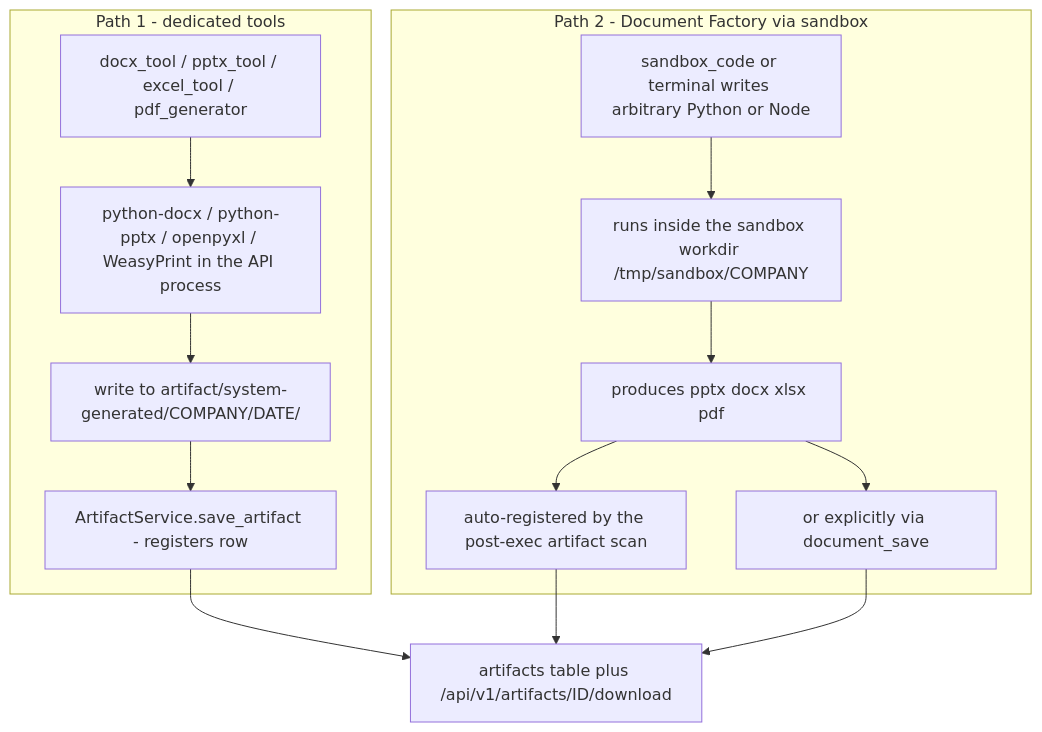
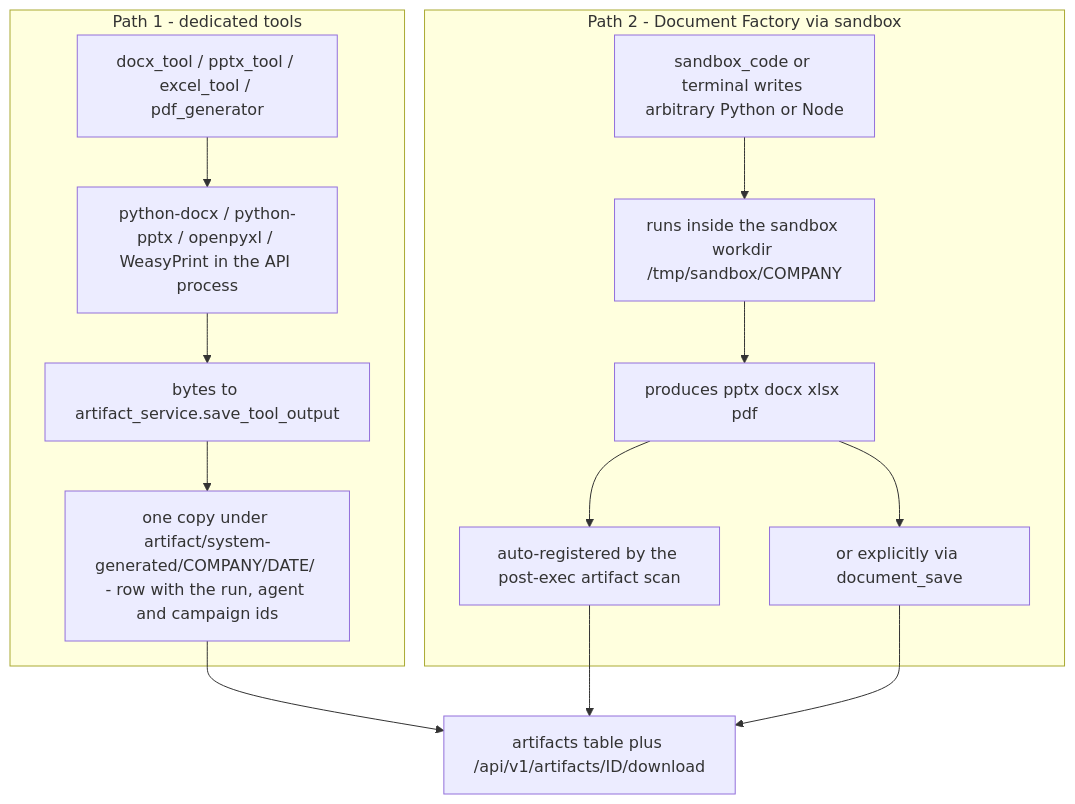
The eighth of 23 diagrams in docs/current/09-tools.md (gondolerahul/hire-buddha-app), drawn with Mermaid before and after one commit. The commit also changed other lines of this file and 28 other files, not shown here.

````diff
--- a/docs/current/09-tools.md
+++ b/docs/current/09-tools.md
@@ -708,17 +708,17 @@
 ```mermaid
 flowchart TD
     subgraph P1["Path 1 - dedicated tools"]
         A1["docx_tool / pptx_tool / excel_tool / pdf_generator"] --> A2["python-docx / python-pptx / openpyxl / WeasyPrint in the API process"]
-        A2 --> A3["write to artifact/system-generated/COMPANY/DATE/"]
-        A3 --> A4["ArtifactService.save_artifact - registers row"]
+        A2 --> A3["bytes to artifact_service.save_tool_output"]
+        A3 --> A4["one copy under artifact/system-generated/COMPANY/DATE/ - row with the run, agent and campaign ids"]
     end
     subgraph P2["Path 2 - Document Factory via sandbox"]
         B1["sandbox_code or terminal writes arbitrary Python or Node"] --> B2["runs inside the sandbox workdir /tmp/sandbox/COMPANY"]
         B2 --> B3["produces pptx docx xlsx pdf"]
         B3 --> B4a["auto-registered by the post-exec artifact scan"]
         B3 --> B4b["or explicitly via document_save"]
     end
     A4 --> D["artifacts table plus /api/v1/artifacts/ID/download"]
     B4a --> D
     B4b --> D
 ```
````
